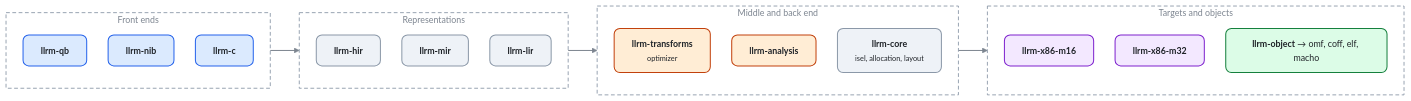
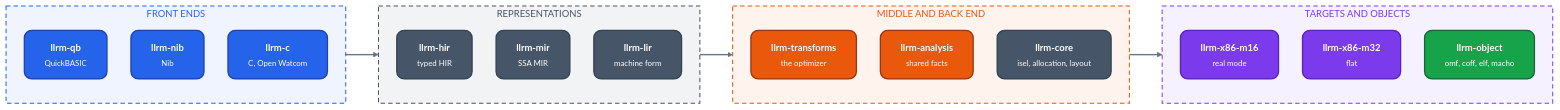
Before and after one commit to ali-mosavian/llrm: the fifth of 5 diagrams in docs/working/mermaid-trial.md, drawn with Mermaid. The commit also changed other lines of this file, not shown here.

Commit message:
docs: the mermaid trial in a bold style: solid fills, numbered stages, tinted groups

````diff
--- a/docs/working/mermaid-trial.md
+++ b/docs/working/mermaid-trial.md
@@ -115,41 +115,41 @@
 ```mermaid
-%%{init: {'theme':'base','themeVariables':{'fontFamily':'Segoe UI, Helvetica Neue, Arial, DejaVu Sans, sans-serif','fontSize':'14px','primaryColor':'#eef2f7','primaryTextColor':'#1f2328','primaryBorderColor':'#8b98a8','lineColor':'#7d8590','secondaryColor':'#eef2f7','tertiaryColor':'transparent','clusterBkg':'transparent','clusterBorder':'#8b98a8','edgeLabelBackground':'#f6f8fa','textColor':'#7d8590','titleColor':'#7d8590'},'flowchart':{'curve':'basis','nodeSpacing':34,'rankSpacing':46,'padding':14,'htmlLabels':true,'useMaxWidth':true}}}%%
+%%{init: {'theme':'base','themeVariables':{'fontFamily':'Segoe UI, Helvetica Neue, Arial, DejaVu Sans, sans-serif','fontSize':'15px','primaryColor':'#475569','primaryTextColor':'#ffffff','primaryBorderColor':'#334155','lineColor':'#64748b','secondaryColor':'#475569','tertiaryColor':'transparent','clusterBkg':'transparent','clusterBorder':'#64748b','edgeLabelBackground':'#334155','textColor':'#64748b','titleColor':'#64748b'},'flowchart':{'curve':'basis','nodeSpacing':38,'rankSpacing':52,'padding':16,'htmlLabels':true,'useMaxWidth':true}}}%%
 flowchart LR
-  classDef src  fill:#dbeafe,stroke:#2563eb,stroke-width:1.6px,color:#1f2328,rx:9px,ry:9px
-  classDef mid  fill:#eef2f7,stroke:#8b98a8,stroke-width:1.6px,color:#1f2328,rx:9px,ry:9px
-  classDef opt  fill:#ffedd5,stroke:#c2410c,stroke-width:1.6px,color:#1f2328,rx:9px,ry:9px
-  classDef out  fill:#dcfce7,stroke:#15803d,stroke-width:1.6px,color:#1f2328,rx:9px,ry:9px
-  classDef data fill:#f3e8ff,stroke:#7e22ce,stroke-width:1.6px,color:#1f2328,rx:9px,ry:9px
-  classDef warn fill:#fee2e2,stroke:#b91c1c,stroke-width:1.6px,color:#1f2328,rx:9px,ry:9px
-  classDef note fill:transparent,stroke:transparent,color:#7d8590
-  linkStyle default stroke:#7d8590,stroke-width:1.6px
-  subgraph fe["Front ends"]
+  classDef src fill:#2563eb,stroke:#1e40af,stroke-width:2px,color:#ffffff,rx:12px,ry:12px
+  classDef mid fill:#475569,stroke:#334155,stroke-width:2px,color:#ffffff,rx:12px,ry:12px
+  classDef opt fill:#ea580c,stroke:#9a3412,stroke-width:2px,color:#ffffff,rx:12px,ry:12px
+  classDef out fill:#16a34a,stroke:#166534,stroke-width:2px,color:#ffffff,rx:12px,ry:12px
+  classDef data fill:#7c3aed,stroke:#5b21b6,stroke-width:2px,color:#ffffff,rx:12px,ry:12px
+  classDef warn fill:#dc2626,stroke:#991b1b,stroke-width:2px,color:#ffffff,rx:12px,ry:12px
+  classDef note fill:transparent,stroke:transparent,color:#64748b
+  linkStyle default stroke:#64748b,stroke-width:2.2px
+  subgraph fe["FRONT ENDS"]
     direction TB
-    qb["<b>llrm-qb</b>"]:::src
-    nb["<b>llrm-nib</b>"]:::src
-    cc["<b>llrm-c</b>"]:::src
+    qb["<b>llrm-qb</b><br/><small>QuickBASIC</small>"]:::src
+    nb["<b>llrm-nib</b><br/><small>Nib</small>"]:::src
+    cc["<b>llrm-c</b><br/><small>C, Open Watcom</small>"]:::src
   end
-  subgraph rep["Representations"]
+  subgraph rep["REPRESENTATIONS"]
     direction TB
-    hir["<b>llrm-hir</b>"]:::mid
-    mir["<b>llrm-mir</b>"]:::mid
-    lir["<b>llrm-lir</b>"]:::mid
+    hir["<b>llrm-hir</b><br/><small>typed HIR</small>"]:::mid
+    mir["<b>llrm-mir</b><br/><small>SSA MIR</small>"]:::mid
+    lir["<b>llrm-lir</b><br/><small>machine form</small>"]:::mid
   end
-  subgraph mid["Middle and back end"]
+  subgraph mid["MIDDLE AND BACK END"]
     direction TB
-    tr["<b>llrm-transforms</b><br/><small>optimizer</small>"]:::opt
-    an["<b>llrm-analysis</b>"]:::opt
+    tr["<b>llrm-transforms</b><br/><small>the optimizer</small>"]:::opt
+    an["<b>llrm-analysis</b><br/><small>shared facts</small>"]:::opt
     core["<b>llrm-core</b><br/><small>isel, allocation, layout</small>"]:::mid
   end
-  subgraph tg["Targets and objects"]
+  subgraph tg["TARGETS AND OBJECTS"]
     direction TB
-    t16["<b>llrm-x86-m16</b>"]:::data
-    t32["<b>llrm-x86-m32</b>"]:::data
-    obj["<b>llrm-object</b> → omf, coff, elf, macho"]:::out
+    t16["<b>llrm-x86-m16</b><br/><small>real mode</small>"]:::data
+    t32["<b>llrm-x86-m32</b><br/><small>flat</small>"]:::data
+    obj["<b>llrm-object</b><br/><small>omf, coff, elf, macho</small>"]:::out
   end
-  fe --> rep --> mid --> tg
-  style fe stroke:#8b98a8,stroke-width:1.4px,stroke-dasharray:6 4,fill:transparent,color:#7d8590
-  style rep stroke:#8b98a8,stroke-width:1.4px,stroke-dasharray:6 4,fill:transparent,color:#7d8590
-  style mid stroke:#8b98a8,stroke-width:1.4px,stroke-dasharray:6 4,fill:transparent,color:#7d8590
-  style tg stroke:#8b98a8,stroke-width:1.4px,stroke-dasharray:6 4,fill:transparent,color:#7d8590
+  fe ==> rep ==> mid ==> tg
+  style fe fill:#2563eb12,stroke:#2563eb,stroke-width:1.6px,stroke-dasharray:7 5,color:#2563eb
+  style rep fill:#47556912,stroke:#475569,stroke-width:1.6px,stroke-dasharray:7 5,color:#475569
+  style mid fill:#ea580c12,stroke:#ea580c,stroke-width:1.6px,stroke-dasharray:7 5,color:#ea580c
+  style tg fill:#7c3aed12,stroke:#7c3aed,stroke-width:1.6px,stroke-dasharray:7 5,color:#7c3aed
 ```
````
